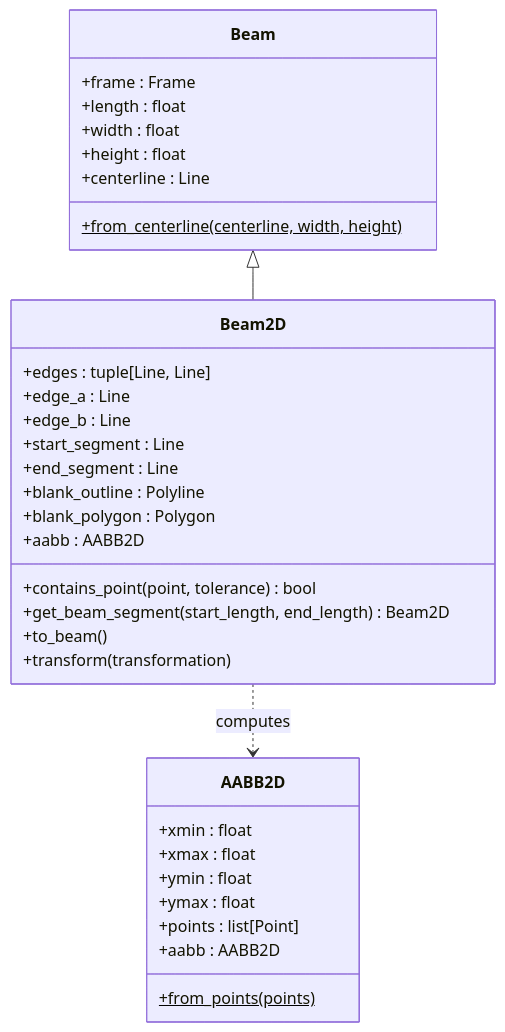
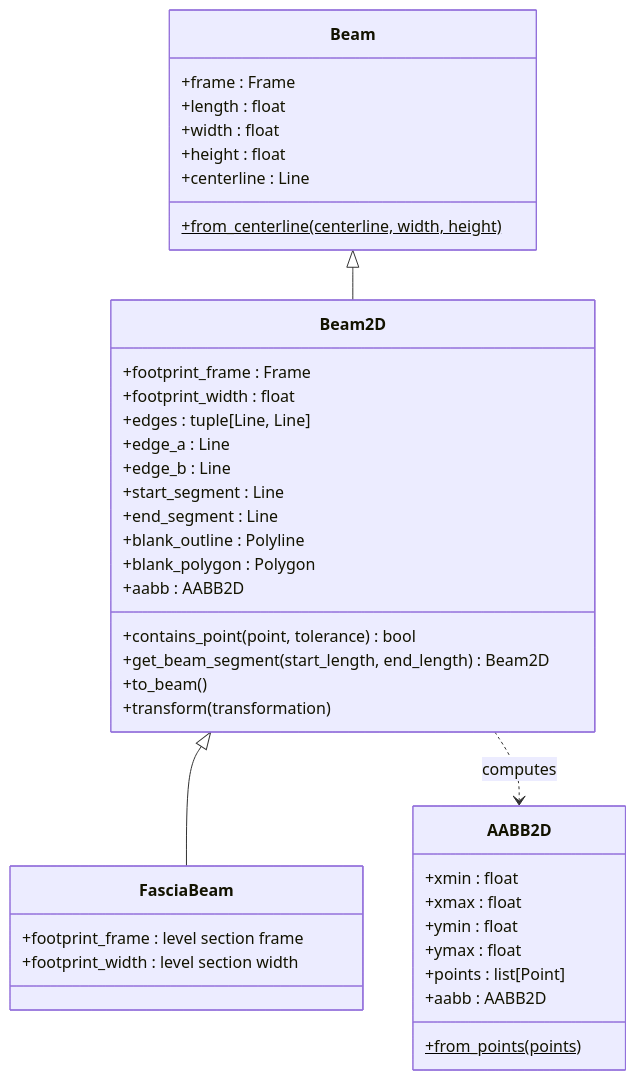
One commit to gramaziokohler/timber_design changed the seventh of 8 diagrams in docs/contribution/class_diagrams.md. Above: the diagram before and after it, drawn with Mermaid. The commit also changed other lines of this file and 242 other files, not shown here.

````diff
--- a/docs/contribution/class_diagrams.md
+++ b/docs/contribution/class_diagrams.md
@@ -515,40 +541,48 @@
 ```mermaid
 classDiagram
 
     class Beam {
         +frame : Frame
         +length : float
         +width : float
         +height : float
         +centerline : Line
         +from_centerline(centerline, width, height)$
     }
 
     class Beam2D {
+        +footprint_frame : Frame
+        +footprint_width : float
         +edges : tuple[Line, Line]
         +edge_a : Line
         +edge_b : Line
         +start_segment : Line
         +end_segment : Line
         +blank_outline : Polyline
         +blank_polygon : Polygon
         +aabb : AABB2D
         +contains_point(point, tolerance) bool
         +get_beam_segment(start_length, end_length) Beam2D
         +to_beam()
         +transform(transformation)
     }
 
     class AABB2D {
         +xmin : float
         +xmax : float
         +ymin : float
         +ymax : float
         +points : list[Point]
         +aabb : AABB2D
         +from_points(points)$
     }
 
+    class FasciaBeam {
+        +footprint_frame : level section frame
+        +footprint_width : level section width
+    }
+
     Beam <|-- Beam2D
+    Beam2D <|-- FasciaBeam
     Beam2D ..> AABB2D : computes
 ```
````
